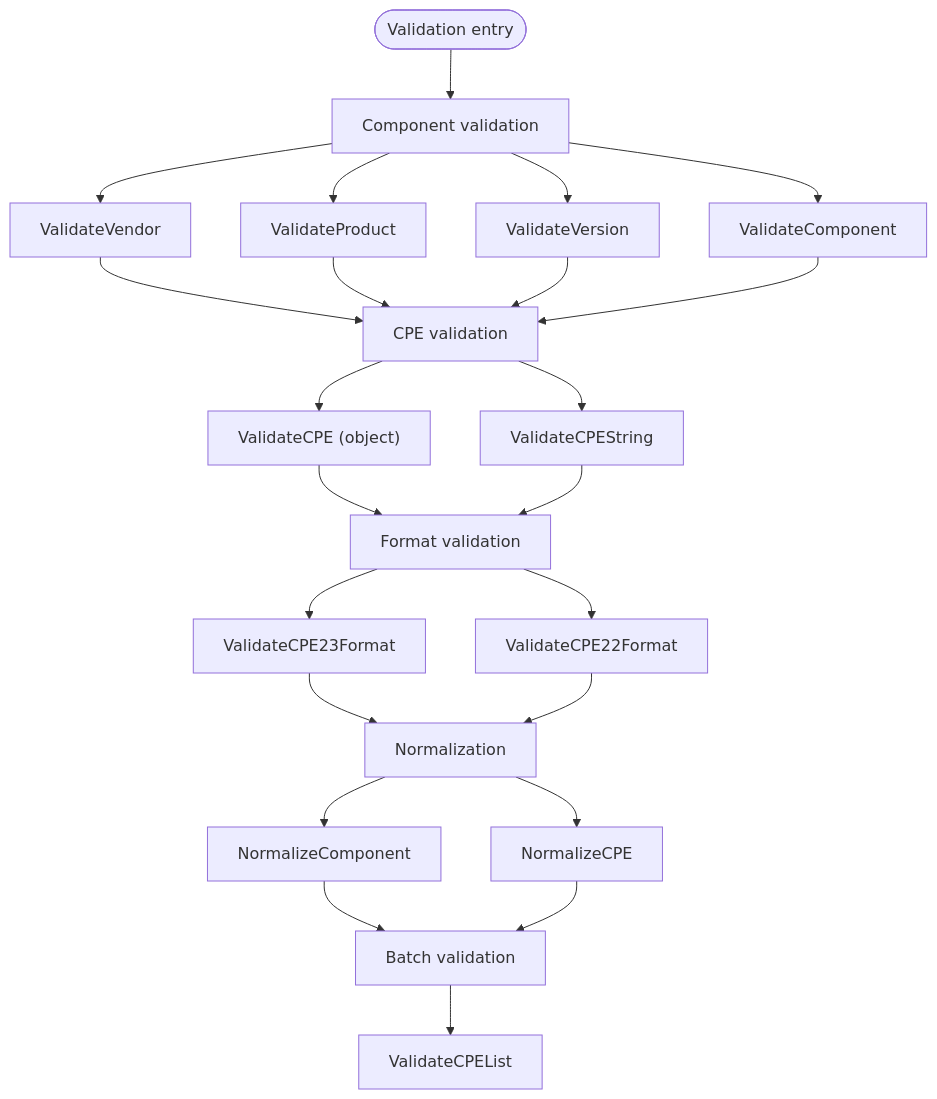
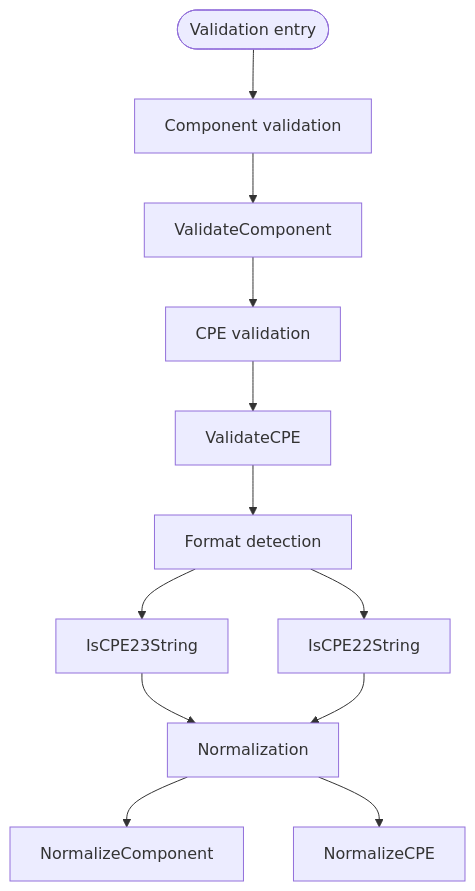
Before and after one commit to scagogogo/cpe-skills: the diagram in website/en/api/validation.md, drawn with Mermaid. The commit also changed other lines of this file and 18 other files, not shown here.

````diff
--- a/website/en/api/validation.md
+++ b/website/en/api/validation.md
@@ -7,25 +7,14 @@
 ```mermaid
 flowchart TD
     Start(["Validation entry"]) --> Comp["Component validation"]
-    Comp --> C1["ValidateVendor"]
-    Comp --> C2["ValidateProduct"]
-    Comp --> C3["ValidateVersion"]
-    Comp --> C4["ValidateComponent"]
+    Comp --> C1["ValidateComponent"]
     C1 --> CPE["CPE validation"]
-    C2 --> CPE
-    C3 --> CPE
-    C4 --> CPE
-    CPE --> V1["ValidateCPE (object)"]
-    CPE --> V2["ValidateCPEString"]
-    V1 --> Fmt["Format validation"]
-    V2 --> Fmt
-    Fmt --> F1["ValidateCPE23Format"]
-    Fmt --> F2["ValidateCPE22Format"]
+    CPE --> V1["ValidateCPE"]
+    V1 --> Fmt["Format detection"]
+    Fmt --> F1["IsCPE23String"]
+    Fmt --> F2["IsCPE22String"]
     F1 --> Norm["Normalization"]
     F2 --> Norm
     Norm --> N1["NormalizeComponent"]
     Norm --> N2["NormalizeCPE"]
-    N1 --> Batch["Batch validation"]
-    N2 --> Batch
-    Batch --> B1["ValidateCPEList"]
 ```
````
